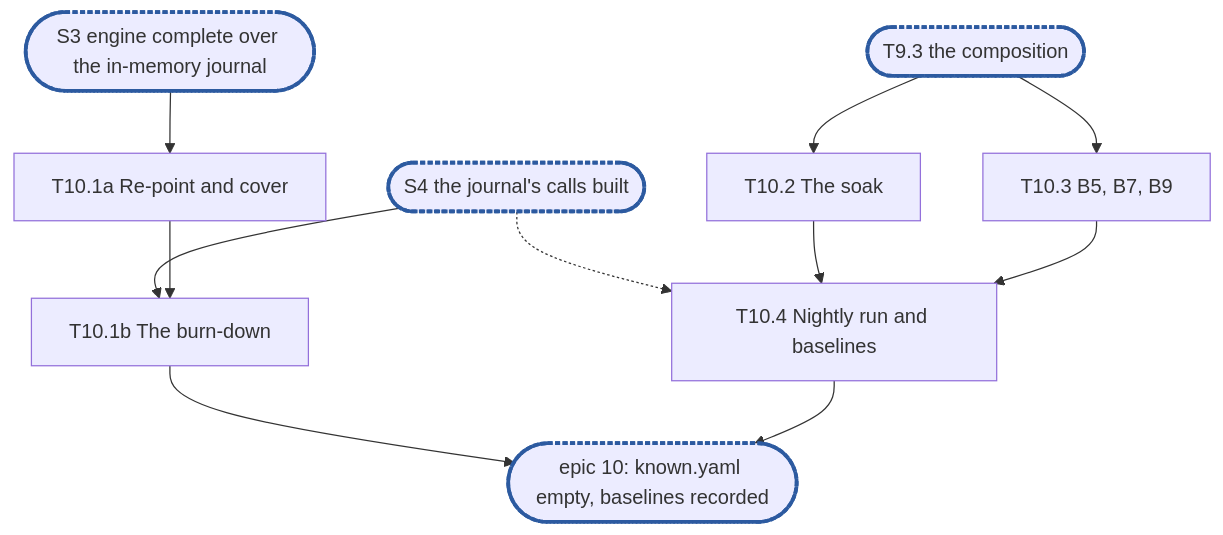
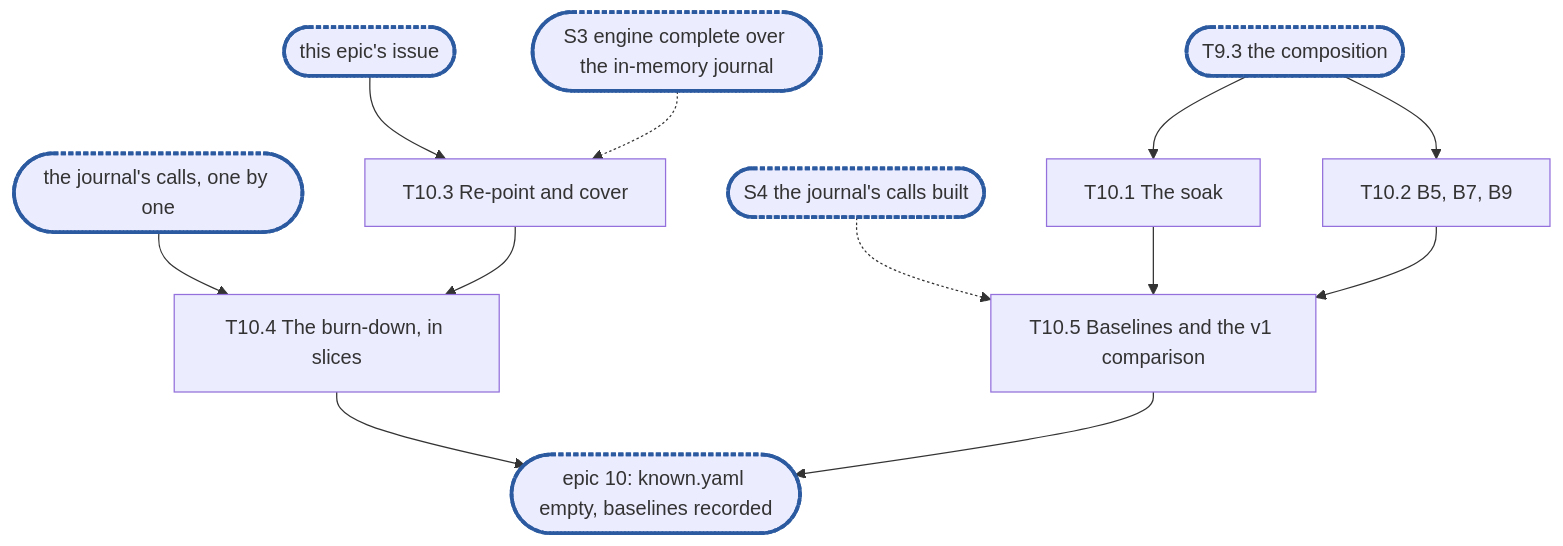
One commit to cubbit/dittofs changed the diagram in docs/internals/planning/rfc-8-engine-epic10.md. Above: the diagram before and after it, drawn with Mermaid. The commit also changed other lines of this file, not shown here.

First line of the commit message:
docs(planning): address review of the engine epic 10 breakdown

````diff
--- a/docs/internals/planning/rfc-8-engine-epic10.md
+++ b/docs/internals/planning/rfc-8-engine-epic10.md
@@ -495,12 +590,13 @@
 ```mermaid
 flowchart TD
-  S3(["S3 engine complete over the in-memory journal"]):::sync --> T1a["T10.1a Re-point and cover"]
-  T93(["T9.3 the composition"]):::sync --> T2["T10.2 The soak"]
-  T93 --> T3["T10.3 B5, B7, B9"]
-  S4(["S4 the journal's calls built"]):::sync --> T1b["T10.1b The burn-down"]
+  T93(["T9.3 the composition"]):::sync --> T2["T10.1 The soak"]
+  T93 --> T3["T10.2 B5, B7, B9"]
+  Iss(["this epic's issue"]):::sync --> T1a["T10.3 Re-point and cover"]
+  S3(["S3 engine complete over the in-memory journal"]):::sync -.-> T1a
+  J(["the journal's calls, one by one"]):::sync --> T1b["T10.4 The burn-down, in slices"]
   T1a --> T1b
-  S4 -.-> T4
-  T2 & T3 --> T4["T10.4 Nightly run and baselines"]
+  S4(["S4 the journal's calls built"]):::sync -.-> T4
+  T2 & T3 --> T4["T10.5 Baselines and the v1 comparison"]
   T1b & T4 --> done(["epic 10: known.yaml empty, baselines recorded"]):::sync
   classDef sync stroke:#2c5aa0,stroke-width:3px,stroke-dasharray:4 2
 ```
````
